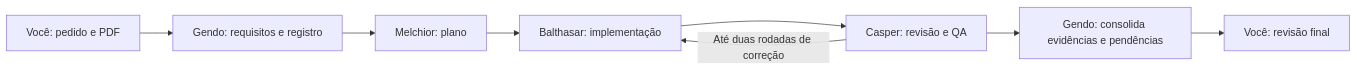
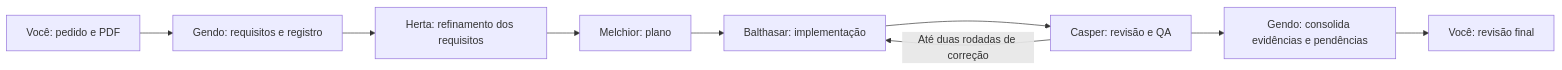
Before and after one commit to Maieru/AgentsTests: the diagram in README.md, drawn with Mermaid. The commit also changed other lines of this file and 16 other files, not shown here.

Commit message:
feat: adiciona Herta para refinamento de requisitos antes da arquitetura

````diff
--- a/README.md
+++ b/README.md
@@ -43,10 +44,11 @@
 ```mermaid
 flowchart LR
     U[Você: pedido e PDF] --> O[Gendo: requisitos e registro]
-    O --> M[Melchior: plano]
+    O --> H[Herta: refinamento dos requisitos]
+    H --> M[Melchior: plano]
     M --> B[Balthasar: implementação]
     B --> C[Casper: revisão e QA]
     C -->|Até duas rodadas de correção| B
     C --> O2[Gendo: consolida evidências e pendências]
     O2 --> R[Você: revisão final]
 ```
````
